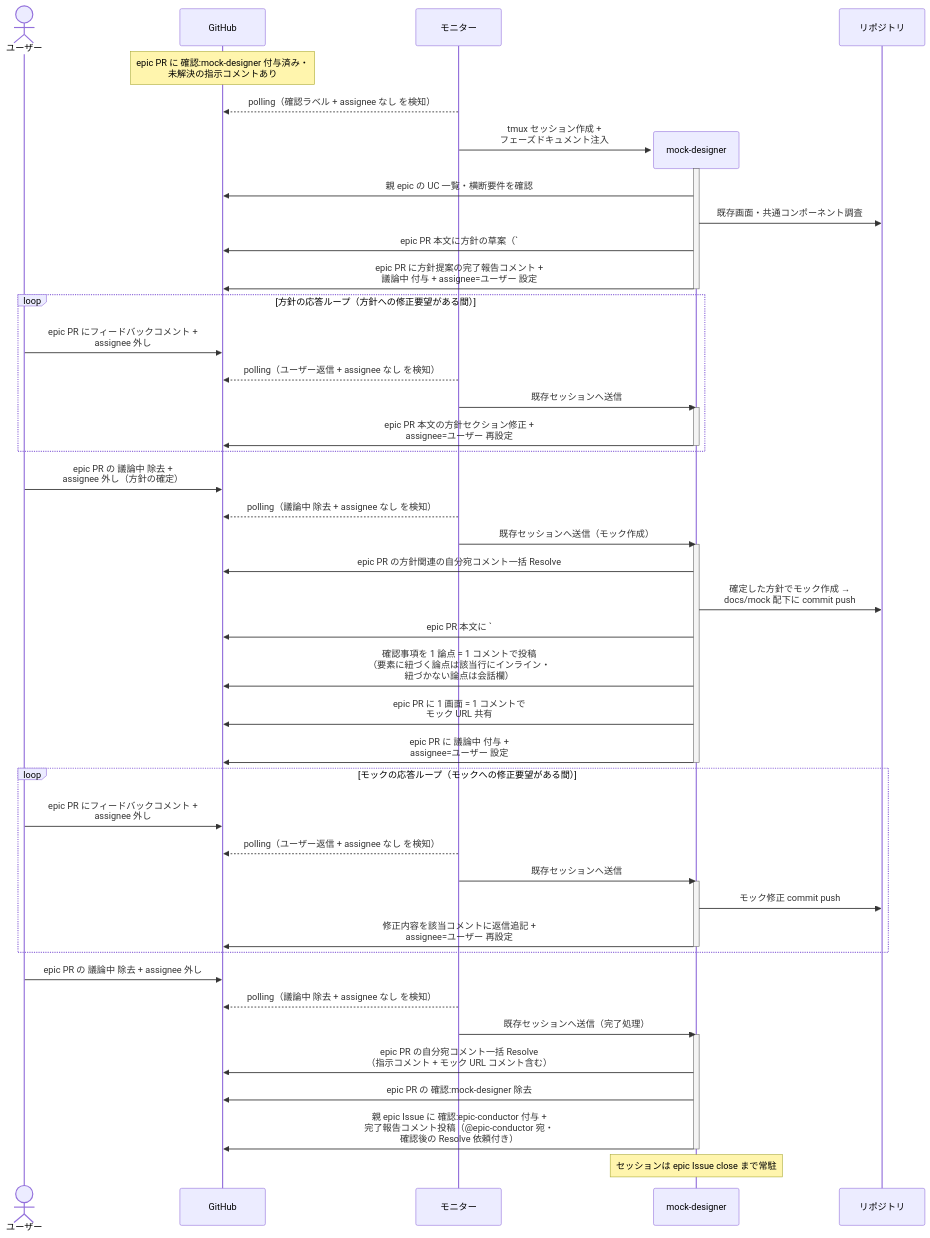
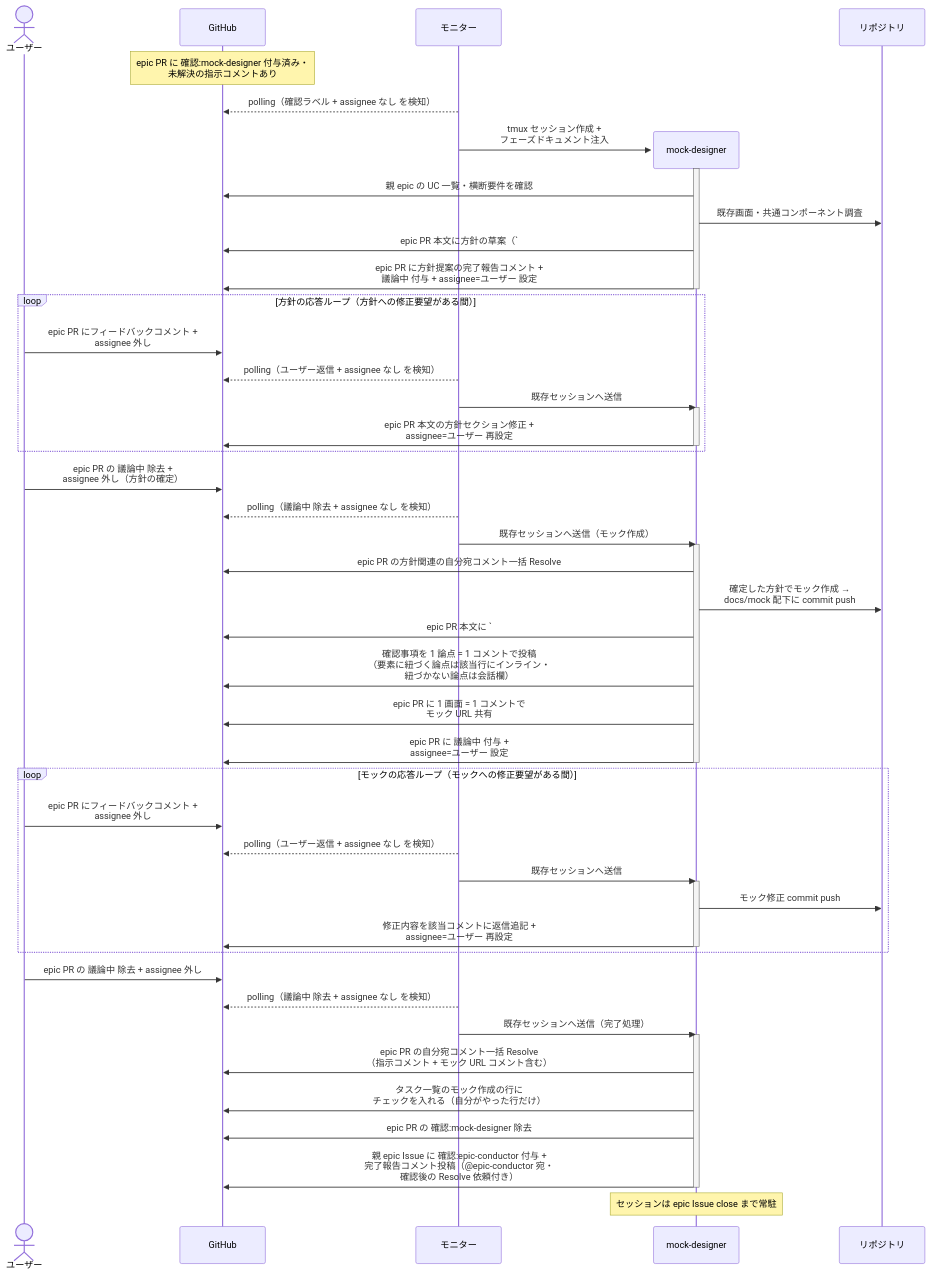
One commit to shuhei1101/ai-monitor changed the first of 2 diagrams in docs/wiki/設計図/シナリオ/単一ユースケース/全体UI設計.md. Above: the diagram before and after it, drawn with Mermaid. The commit also changed other lines of this file and 77 other files, not shown here.

````diff
--- a/docs/wiki/設計図/シナリオ/単一ユースケース/全体UI設計.md
+++ b/docs/wiki/設計図/シナリオ/単一ユースケース/全体UI設計.md
@@ -28,59 +28,60 @@
 ```mermaid
 sequenceDiagram
   actor U as ユーザー
   participant GH as GitHub
   participant ORC as モニター
 
   Note over GH: epic PR に 確認:mock-designer 付与済み・<br>未解決の指示コメントあり
   ORC-->>GH: polling（確認ラベル + assignee なし を検知）
   create participant MON as mock-designer
   ORC->>MON: tmux セッション作成 +<br>フェーズドキュメント注入
   participant REPO as リポジトリ
   activate MON
   MON->>GH: 親 epic の UC 一覧・横断要件を確認
   MON->>REPO: 既存画面・共通コンポーネント調査
   MON->>GH: epic PR 本文に方針の草案（`### 画面一覧` +<br>`### 画面遷移`）を追記
   MON->>GH: epic PR に方針提案の完了報告コメント +<br>議論中 付与 + assignee=ユーザー 設定
   deactivate MON
 
   loop 方針の応答ループ（方針への修正要望がある間）
     U->>GH: epic PR にフィードバックコメント +<br>assignee 外し
     ORC-->>GH: polling（ユーザー返信 + assignee なし を検知）
     ORC->>MON: 既存セッションへ送信
     activate MON
     MON->>GH: epic PR 本文の方針セクション修正 +<br>assignee=ユーザー 再設定
     deactivate MON
   end
 
   U->>GH: epic PR の 議論中 除去 +<br>assignee 外し（方針の確定）
   ORC-->>GH: polling（議論中 除去 + assignee なし を検知）
   ORC->>MON: 既存セッションへ送信（モック作成）
   activate MON
   MON->>GH: epic PR の方針関連の自分宛コメント一括 Resolve
   MON->>REPO: 確定した方針でモック作成 →<br>docs/mock 配下に commit push
   MON->>GH: epic PR 本文に `### モック`（画面ごとの URL 一覧）を追記
   MON->>GH: 確認事項を 1 論点 = 1 コメントで投稿<br>（要素に紐づく論点は該当行にインライン・<br>紐づかない論点は会話欄）
   MON->>GH: epic PR に 1 画面 = 1 コメントで<br>モック URL 共有
   MON->>GH: epic PR に 議論中 付与 +<br>assignee=ユーザー 設定
   deactivate MON
 
   loop モックの応答ループ（モックへの修正要望がある間）
     U->>GH: epic PR にフィードバックコメント +<br>assignee 外し
     ORC-->>GH: polling（ユーザー返信 + assignee なし を検知）
     ORC->>MON: 既存セッションへ送信
     activate MON
     MON->>REPO: モック修正 commit push
     MON->>GH: 修正内容を該当コメントに返信追記 +<br>assignee=ユーザー 再設定
     deactivate MON
   end
 
   U->>GH: epic PR の 議論中 除去 + assignee 外し
   ORC-->>GH: polling（議論中 除去 + assignee なし を検知）
   ORC->>MON: 既存セッションへ送信（完了処理）
   activate MON
   MON->>GH: epic PR の自分宛コメント一括 Resolve<br>（指示コメント + モック URL コメント含む）
+  MON->>GH: タスク一覧のモック作成の行に<br>チェックを入れる（自分がやった行だけ）
   MON->>GH: epic PR の 確認:mock-designer 除去
   MON->>GH: 親 epic Issue に 確認:epic-conductor 付与 +<br>完了報告コメント投稿（@epic-conductor 宛・<br>確認後の Resolve 依頼付き）
   deactivate MON
   Note over MON: セッションは epic Issue close まで常駐
 ```
````
